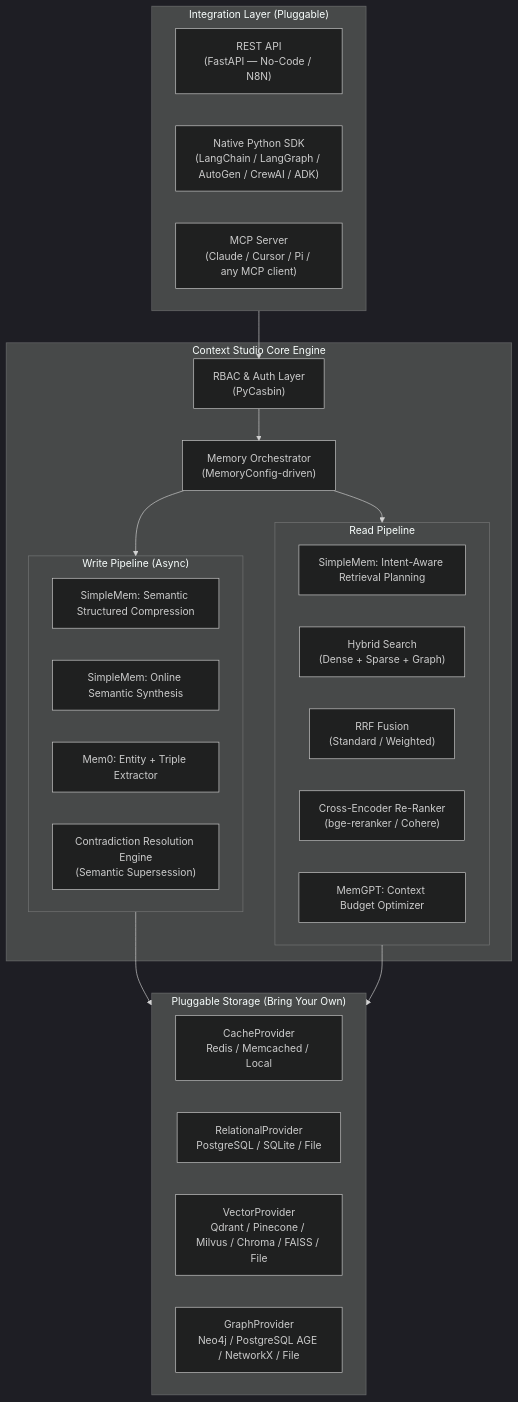
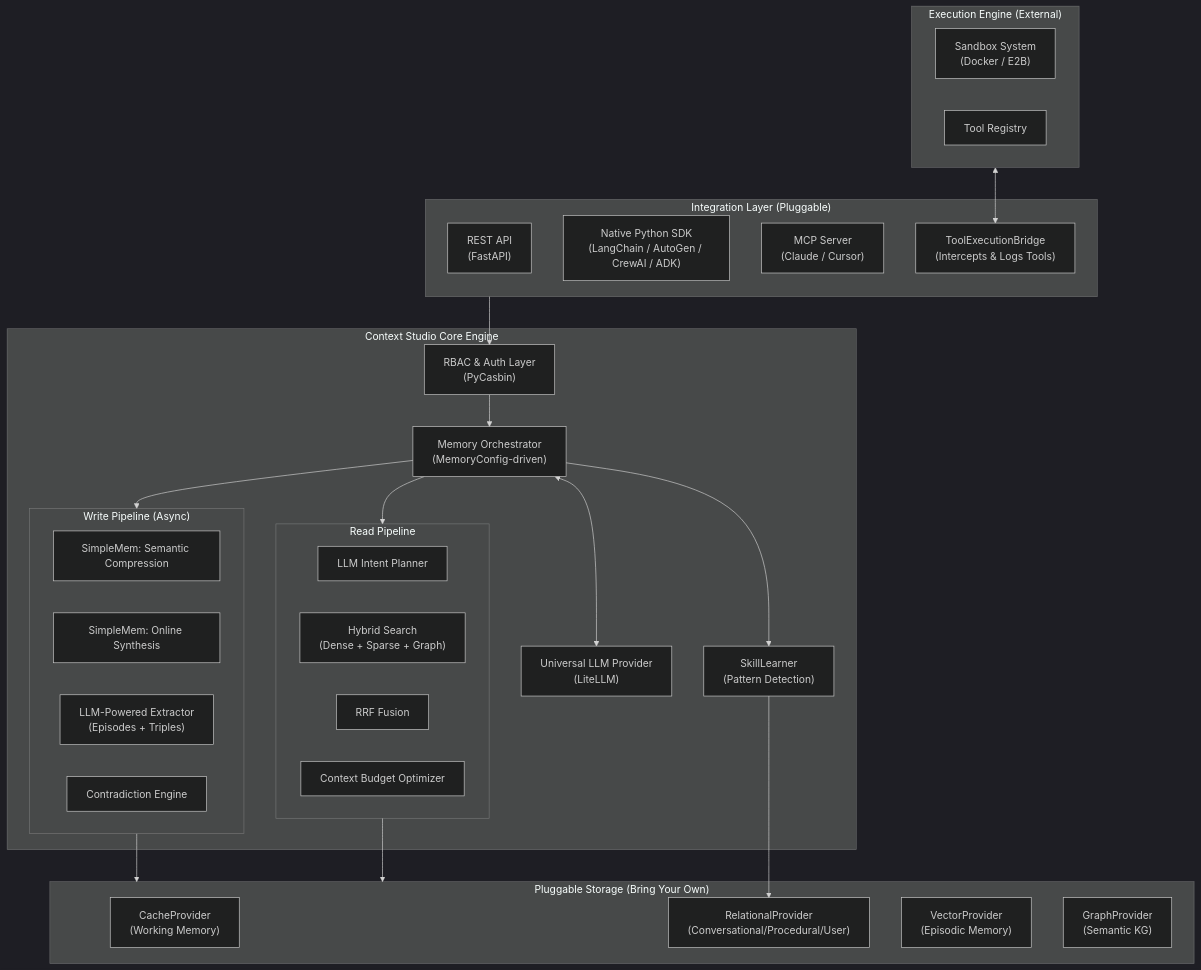
One commit to kira082/Context-Studio changed the first of 3 diagrams in implementation_plan.md. Above: the diagram before and after it, drawn with Mermaid (dark theme).

Commit message:
docs: update architecture diagram with sandbox, skill learner, and llm components

````diff
--- a/implementation_plan.md
+++ b/implementation_plan.md
@@ -48,42 +48,53 @@
 ```mermaid
 graph TB
+    subgraph Execution["Execution Engine (External)"]
+        Sandbox["Sandbox System<br/>(Docker / E2B)"]
+        ToolReg["Tool Registry"]
+    end
+
     subgraph Integrations["Integration Layer (Pluggable)"]
-        API["REST API<br/>(FastAPI — No-Code / N8N)"]
-        SDK["Native Python SDK<br/>(LangChain / LangGraph / AutoGen / CrewAI / ADK)"]
-        MCP["MCP Server<br/>(Claude / Cursor / Pi / any MCP client)"]
+        API["REST API<br/>(FastAPI)"]
+        SDK["Native Python SDK<br/>(LangChain / AutoGen / CrewAI / ADK)"]
+        MCP["MCP Server<br/>(Claude / Cursor)"]
+        TB["ToolExecutionBridge<br/>(Intercepts & Logs Tools)"]
     end
 
     subgraph Core["Context Studio Core Engine"]
         RBAC["RBAC & Auth Layer<br/>(PyCasbin)"]
         ORCH["Memory Orchestrator<br/>(MemoryConfig-driven)"]
+        LLM["Universal LLM Provider<br/>(LiteLLM)"]
+        SKILL["SkillLearner<br/>(Pattern Detection)"]
         
         subgraph Write["Write Pipeline (Async)"]
-            COMP["SimpleMem: Semantic Structured Compression"]
-            SYNTH["SimpleMem: Online Semantic Synthesis"]
-            EXT["Mem0: Entity + Triple Extractor"]
-            CONTR["Contradiction Resolution Engine<br/>(Semantic Supersession)"]
+            COMP["SimpleMem: Semantic Compression"]
+            SYNTH["SimpleMem: Online Synthesis"]
+            EXT["LLM-Powered Extractor<br/>(Episodes + Triples)"]
+            CONTR["Contradiction Engine"]
         end
         
         subgraph Read["Read Pipeline"]
-            INTPLAN["SimpleMem: Intent-Aware Retrieval Planning"]
+            INTPLAN["LLM Intent Planner"]
             HYB["Hybrid Search<br/>(Dense + Sparse + Graph)"]
-            RRF["RRF Fusion<br/>(Standard / Weighted)"]
-            RERANK["Cross-Encoder Re-Ranker<br/>(bge-reranker / Cohere)"]
-            BUDGET["MemGPT: Context Budget Optimizer"]
+            RRF["RRF Fusion"]
+            BUDGET["Context Budget Optimizer"]
         end
     end
 
     subgraph Storage["Pluggable Storage (Bring Your Own)"]
-        CACHE["CacheProvider<br/>Redis / Memcached / Local"]
-        REL["RelationalProvider<br/>PostgreSQL / SQLite / File"]
-        VEC["VectorProvider<br/>Qdrant / Pinecone / Milvus / Chroma / FAISS / File"]
-        GRAPH["GraphProvider<br/>Neo4j / PostgreSQL AGE / NetworkX / File"]
+        CACHE["CacheProvider<br/>(Working Memory)"]
+        REL["RelationalProvider<br/>(Conversational/Procedural/User)"]
+        VEC["VectorProvider<br/>(Episodic Memory)"]
+        GRAPH["GraphProvider<br/>(Semantic KG)"]
     end
 
+    Execution <--> TB
     Integrations --> RBAC
     RBAC --> ORCH
+    ORCH <--> LLM
     ORCH --> Write
     ORCH --> Read
+    ORCH --> SKILL
+    SKILL --> REL
     Write --> Storage
     Read --> Storage
 ```
````
